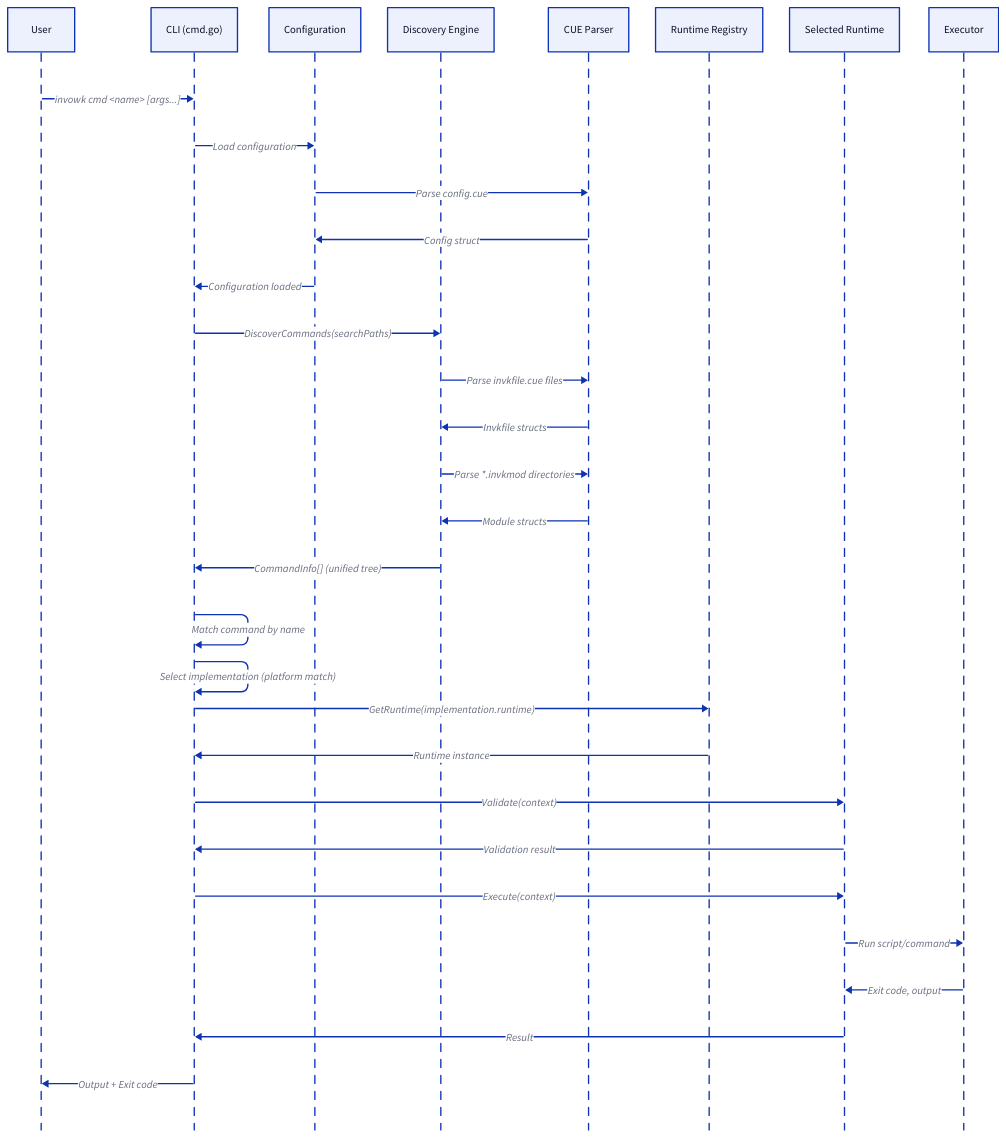
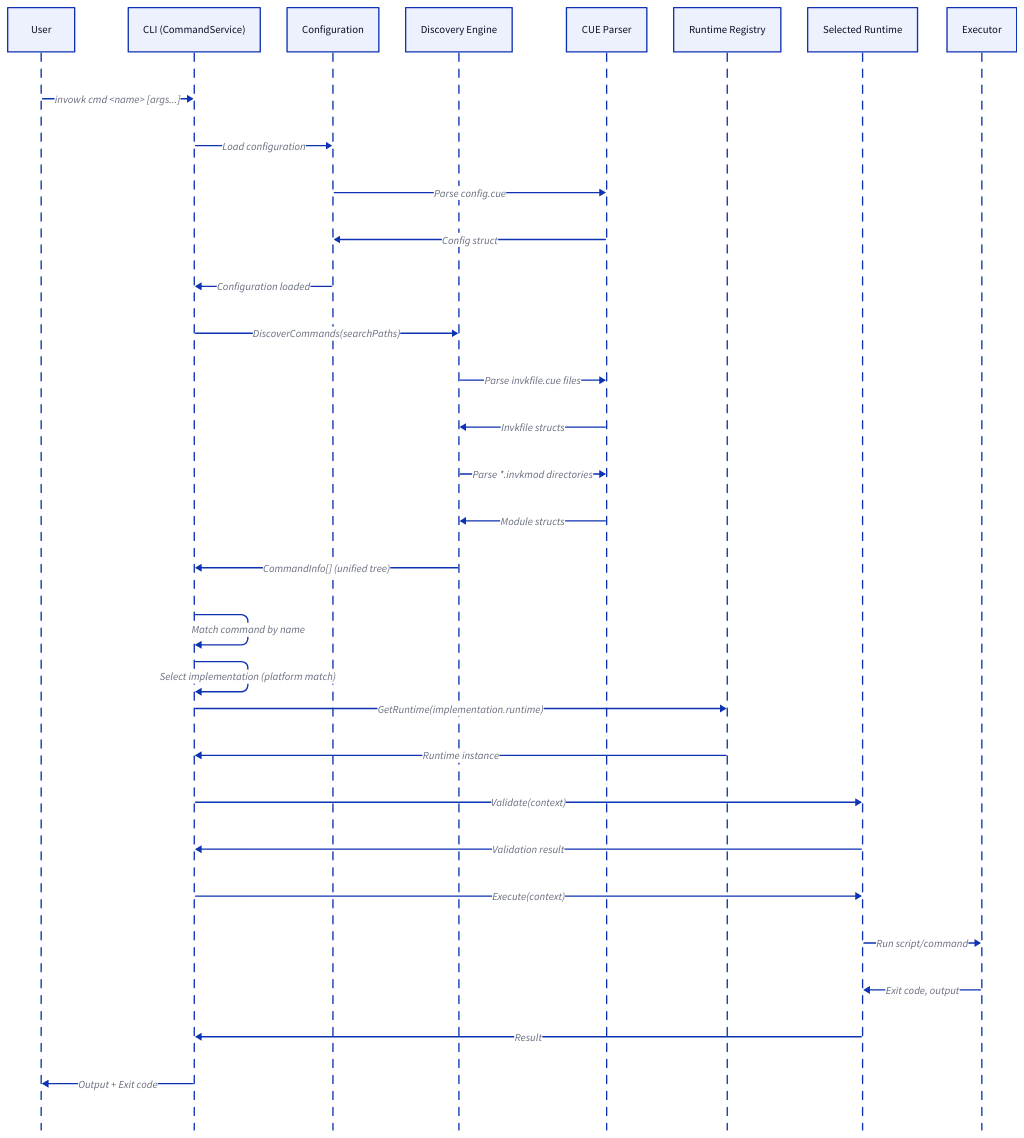
The diagram in docs/diagrams/sequences/execution-main.d2 (invowk/invowk), drawn with D2 before and after one commit. The commit also changed 183 other files, not shown here. The source asks for the TALA layout; these drawings use dagre instead.

```diff
--- a/docs/diagrams/sequences/execution-main.d2
+++ b/docs/diagrams/sequences/execution-main.d2
@@ -1,58 +1,58 @@
 # Main Execution Sequence Diagram
 #
 # Shows the complete flow of command execution from user request
 # through initialization, discovery, resolution, and execution phases.
 #
 # Source: docs/architecture/sequence-execution.md
 
 vars: {
   d2-config: {
     layout-engine: tala
   }
 }
 
 shape: sequence_diagram
 
 # Participants
 User
-CLI: CLI (cmd.go)
+CLI: CLI (CommandService)
 Config: Configuration
 Disc: Discovery Engine
 CUE: CUE Parser
 Registry: Runtime Registry
 Runtime: Selected Runtime
 Exec: Executor
 
 # Entry point
 User -> CLI: "invowk cmd <name> [args...]"
 
 # 1. Initialization Phase
 CLI -> Config: Load configuration
 Config -> CUE: Parse config.cue
 CUE -> Config: Config struct
 Config -> CLI: Configuration loaded
 
 # 2. Discovery Phase
 CLI -> Disc: DiscoverCommands(searchPaths)
 Disc -> CUE: Parse invkfile.cue files
 CUE -> Disc: Invkfile structs
 Disc -> CUE: Parse *.invkmod directories
 CUE -> Disc: Module structs
 Disc -> CLI: "CommandInfo[] (unified tree)"
 
 # 3. Resolution Phase
 CLI -> CLI: Match command by name
 CLI -> CLI: Select implementation (platform match)
 CLI -> Registry: GetRuntime(implementation.runtime)
 Registry -> CLI: Runtime instance
 CLI -> Runtime: Validate(context)
 Runtime -> CLI: Validation result
 
 # 4. Execution Phase
 CLI -> Runtime: Execute(context)
 Runtime -> Exec: Run script/command
 Exec -> Runtime: Exit code, output
 Runtime -> CLI: Result
 
 # Return result
 CLI -> User: Output + Exit code
```
